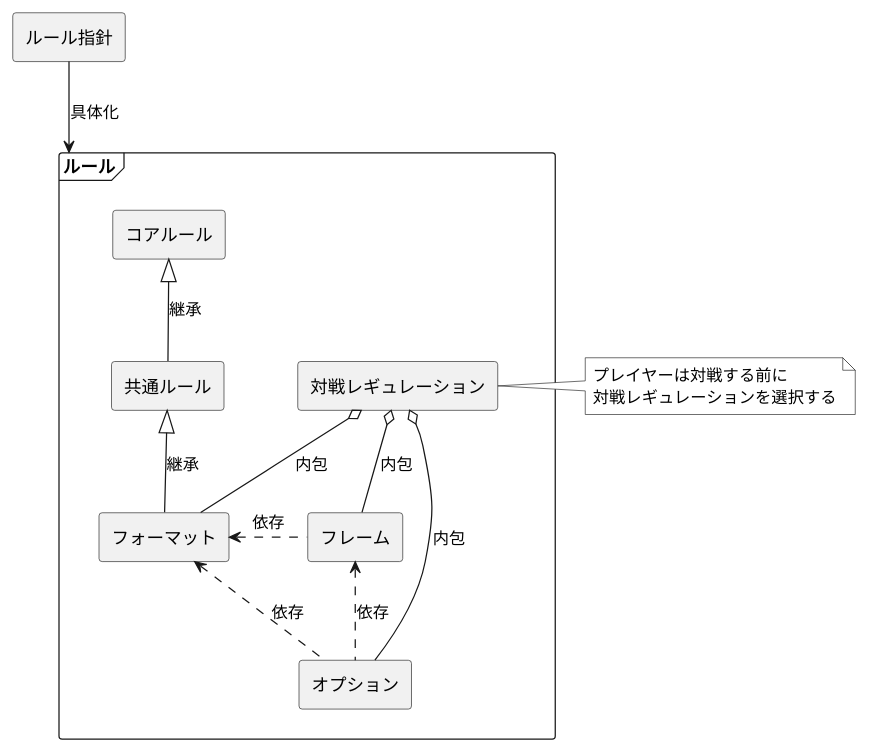
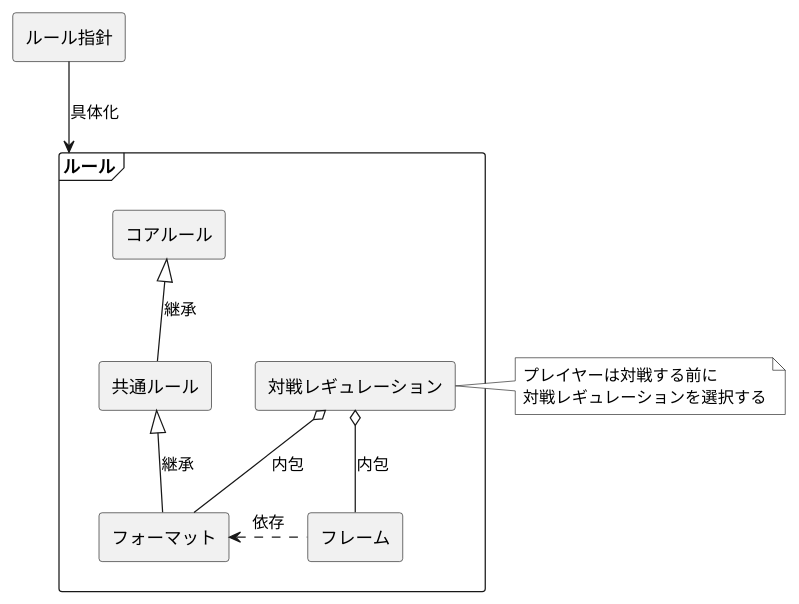
One commit to BlackPoker/BlackPoker changed the diagram in source/init/rule-class.puml. Above: the diagram before and after it, drawn with PlantUML. The commit also changed 2 other files, not shown here.

```diff
--- a/source/init/rule-class.puml
+++ b/source/init/rule-class.puml
@@ -1,34 +1,34 @@
 
 rectangle ルール指針
 
 frame ルール{
 rectangle コアルール as core
 rectangle 共通ルール as common
 rectangle フォーマット as format
 rectangle 対戦レギュレーション as match_reg
 rectangle フレーム as frame
-rectangle オプション as options
+' rectangle オプション as options
 ' rectangle プレイヤー as player
 
 core <|-- common : 継承
 
 common <|-- format : 継承
 
 match_reg o-- format : 内包
 match_reg o-- frame : 内包
-match_reg o-- options : 内包
+' match_reg o-- options : 内包
 
 ' match_reg <. player : 選択
 
-format <.. options : 依存
+' format <.. options : 依存
 format <. frame : 依存
-frame <.. options : 依存
+' frame <.. options : 依存
 
 }
 
 ルール指針 --> ルール : 具体化
 
 note right of match_reg #white
 プレイヤーは対戦する前に
 対戦レギュレーションを選択する
 end note
```
